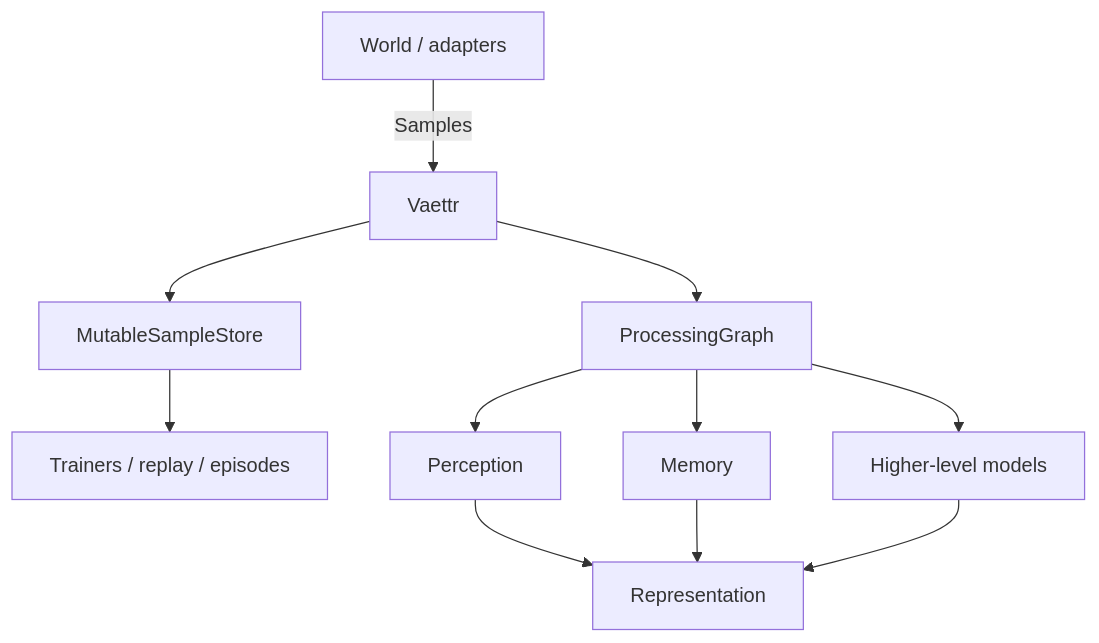
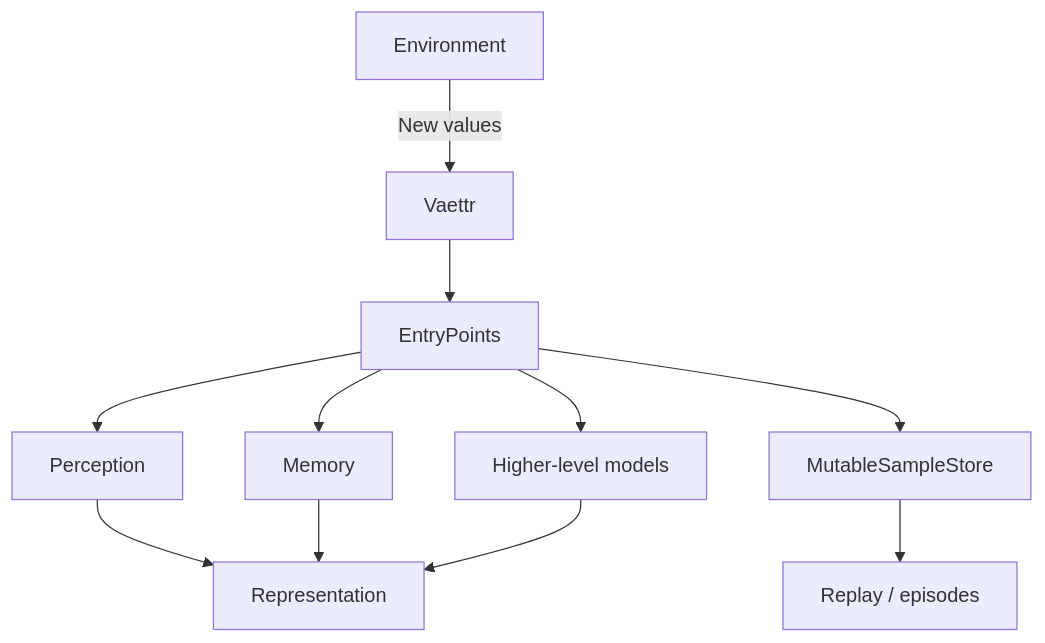
The first of 2 diagrams in docs/sensory-representation.md (skasti/skyn-vaettr), drawn with Mermaid before and after one commit. The commit also changed other lines of this file and 24 other files, not shown here.

````diff
--- a/docs/sensory-representation.md
+++ b/docs/sensory-representation.md
@@ -5,13 +6,13 @@
 ```mermaid
 flowchart TD
-    World[World / adapters] -->|Samples| Vaettr
-    Vaettr --> Store[MutableSampleStore]
-    Store --> Consumers[Trainers / replay / episodes]
-    Vaettr --> Graph[ProcessingGraph]
-    Graph --> Perception[Perception]
-    Graph --> Memory[Memory]
-    Graph --> Higher[Higher-level models]
-    Perception --> Representation[Representation]
-    Memory --> Representation
-    Higher --> Representation
+    ENV[Environment] -->|New values| Vaettr 
+    Vaettr --> EntryPoints[EntryPoints] 
+    EntryPoints --> Perception[Perception] 
+    EntryPoints --> Memory[Memory] 
+    EntryPoints --> Higher[Higher-level models] 
+    Perception --> Representation[Representation] 
+    Memory --> Representation 
+    Higher --> Representation 
+    EntryPoints --> Store[MutableSampleStore] 
+    Store --> Consumers[Replay / episodes]
 ```
````
